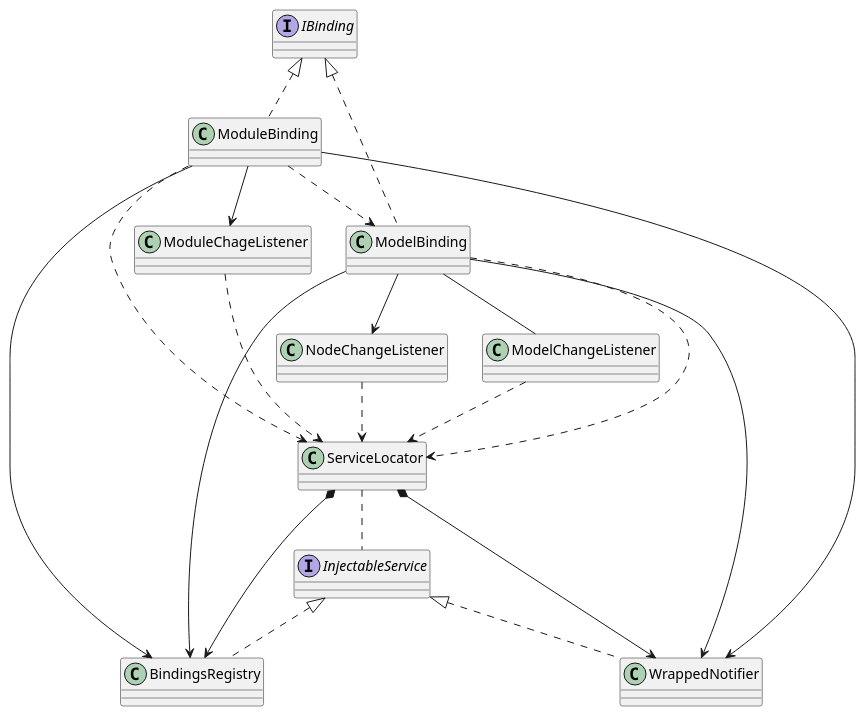
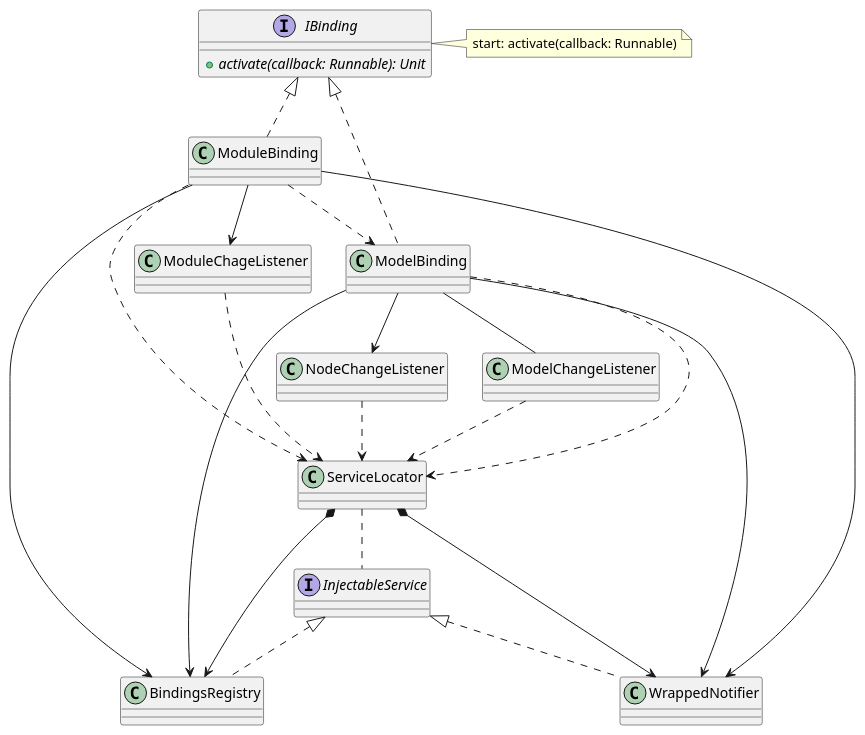
Before and after one commit to modelix/modelix.mps-plugins: the diagram in docs/mps-sync-plugin/diagrams/Binding-Activation/Binding-Activation.md, drawn with PlantUML. The commit also changed 5 other files, not shown here.

Commit message:
docs(mps-sync-plugin): Add 'Modelix to MPS Initial Synchronization' figure

```diff
--- a/docs/mps-sync-plugin/diagrams/Binding-Activation/Binding-Activation.md
+++ b/docs/mps-sync-plugin/diagrams/Binding-Activation/Binding-Activation.md
@@ -8,45 +8,48 @@
 @startuml
 'Entities'
-interface "IBinding" as iBinding
+interface IBinding {
++{abstract} activate(callback: Runnable): Unit
+}
 class "ModelBinding" as modelBinding
 class "ModuleBinding" as moduleBinding
 
 interface "InjectableService" as injectableService
 class "ServiceLocator" as serviceLocator
 class "WrappedNotifier" as wrappedNotifier
 class "BindingsRegistry" as bindingsRegistry
 
 class "NodeChangeListener" as nodeChangeListener
 class "ModelChangeListener" as modelChangeListener
 class "ModuleChageListener" as moduleChangeListener
 
 'Relations'
-iBinding <|.. modelBinding
-iBinding <|.. moduleBinding
+IBinding <|.. modelBinding
+IBinding <|.. moduleBinding
 
 serviceLocator *--> wrappedNotifier
 serviceLocator *--> bindingsRegistry
 serviceLocator .. injectableService
 
 injectableService <|.. wrappedNotifier
 injectableService <|.. bindingsRegistry
 
 modelBinding ..> serviceLocator
 modelBinding --> nodeChangeListener
 modelBinding -- modelChangeListener
 modelBinding --> wrappedNotifier
 modelBinding --> bindingsRegistry
 
 moduleBinding ..> serviceLocator
 moduleBinding --> moduleChangeListener
 moduleBinding ..> modelBinding
 moduleBinding --> wrappedNotifier
 moduleBinding --> bindingsRegistry
 
 nodeChangeListener ..> serviceLocator
 modelChangeListener ..> serviceLocator
 moduleChangeListener ..> serviceLocator
 
 'Notes'
+note right of IBinding: start: activate(callback: Runnable)
 
 @enduml
```
